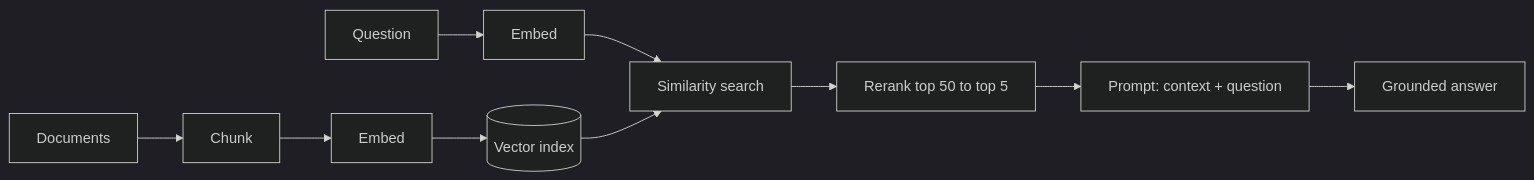
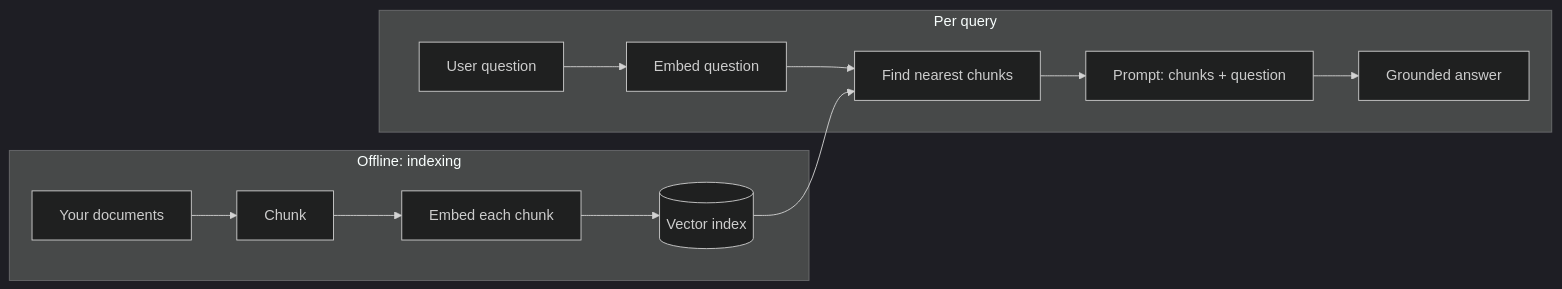
One commit to Shettysai/prepperly-content changed the first of 2 diagrams in phases/12-ai-engineering/rag-retrieval-augmented-generation.md. Above: the diagram before and after it, drawn with Mermaid (dark theme). The commit also changed other lines of this file and 3 other files, not shown here.

````diff
--- a/phases/12-ai-engineering/rag-retrieval-augmented-generation.md
+++ b/phases/12-ai-engineering/rag-retrieval-augmented-generation.md
@@ -48,12 +45,15 @@
 ```mermaid
 flowchart LR
-  D["Documents"] --> C["Chunk"]
-  C --> E1["Embed"]
-  E1 --> V[("Vector index")]
-  Q["Question"] --> E2["Embed"]
-  E2 --> S["Similarity search"]
+  subgraph OFF["Offline: indexing"]
+    D["Your documents"] --> C["Chunk"]
+    C --> E1["Embed each chunk"]
+    E1 --> V[("Vector index")]
+  end
+  subgraph ON["Per query"]
+    Q["User question"] --> E2["Embed question"]
+    E2 --> S["Find nearest chunks"]
+    S --> P["Prompt: chunks + question"]
+    P --> A["Grounded answer"]
+  end
   V --> S
-  S --> RR["Rerank top 50 to top 5"]
-  RR --> P["Prompt: context + question"]
-  P --> A["Grounded answer"]
 ```
````
